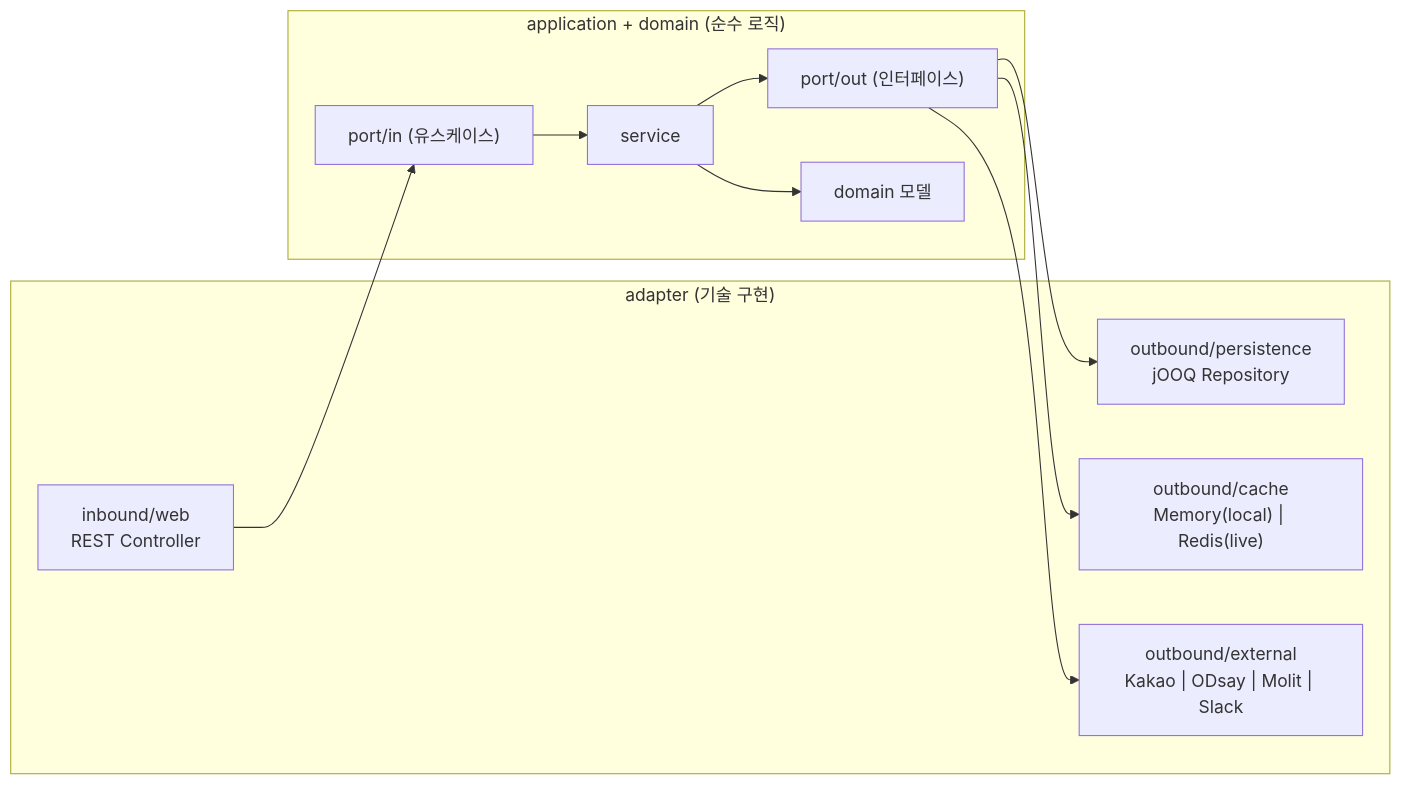
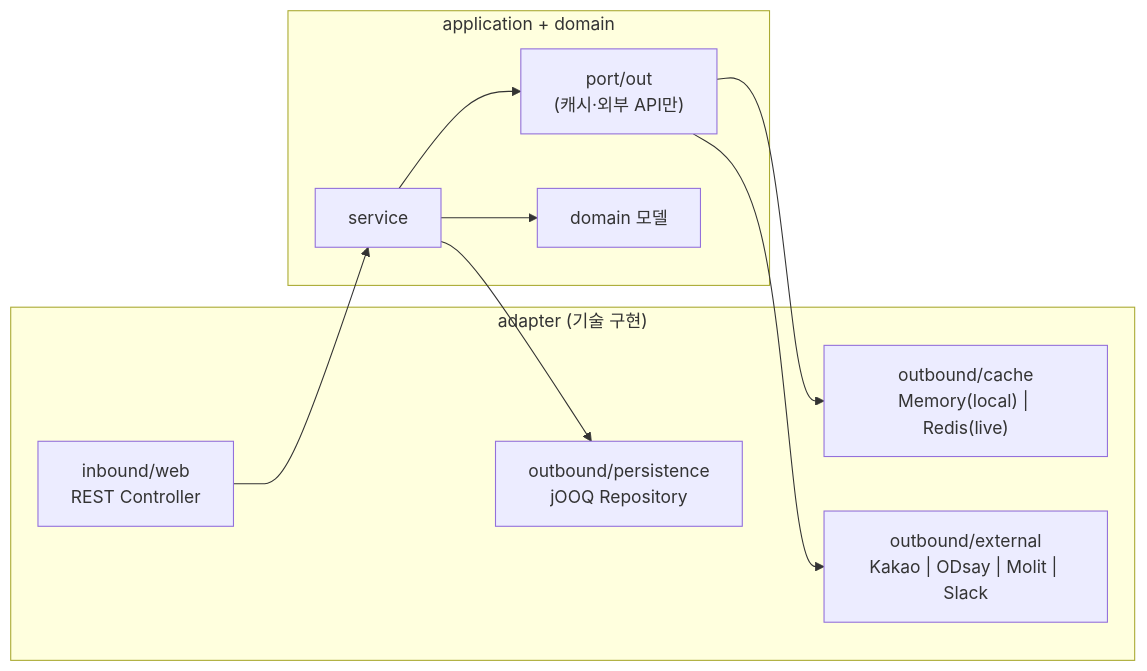
One commit to lyvius2/halley changed the second of 14 diagrams in docs/DESIGN.md. Above: the diagram before and after it, drawn with Mermaid. The commit also changed other lines of this file and 72 other files, not shown here.

````diff
--- a/docs/DESIGN.md
+++ b/docs/DESIGN.md
@@ -140,20 +147,20 @@
 ```mermaid
 graph LR
     subgraph Adapter["adapter (기술 구현)"]
         Web["inbound/web<br/>REST Controller"]
         Persistence["outbound/persistence<br/>jOOQ Repository"]
         Cache["outbound/cache<br/>Memory(local) | Redis(live)"]
         Ext["outbound/external<br/>Kakao | ODsay | Molit | Slack"]
     end
-    subgraph Core["application + domain (순수 로직)"]
-        PortIn["port/in (유스케이스)"]
+    subgraph Core["application + domain"]
         Svc["service"]
-        PortOut["port/out (인터페이스)"]
+        PortOut["port/out<br/>(캐시·외부 API만)"]
         Dom["domain 모델"]
     end
-    Web --> PortIn --> Svc --> PortOut
-    PortOut --> Persistence
+    Web --> Svc
+    Svc --> Persistence
+    Svc --> PortOut
     PortOut --> Cache
     PortOut --> Ext
     Svc --> Dom
 ```
````
